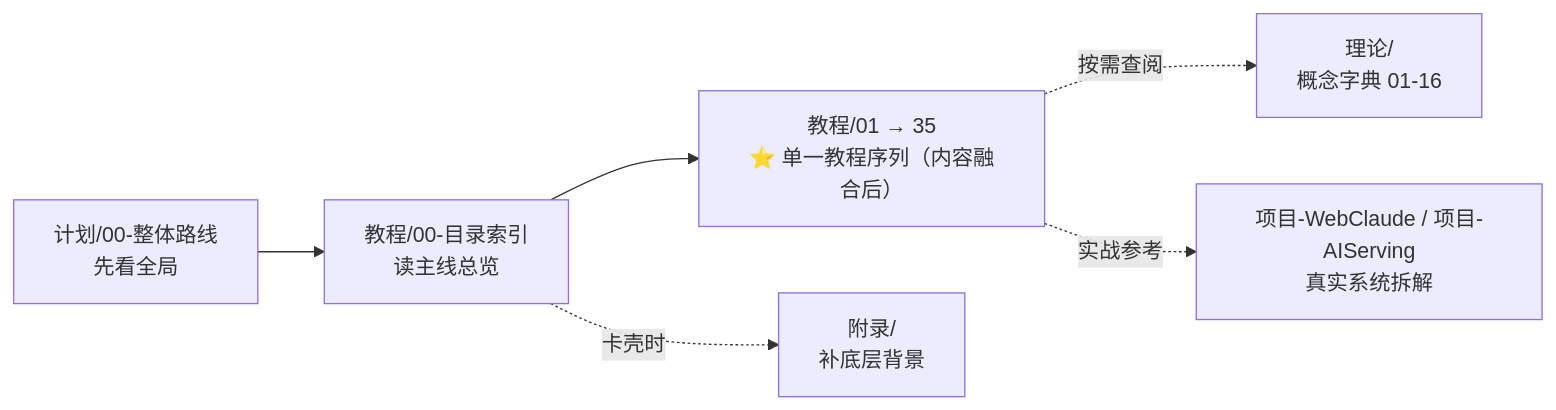
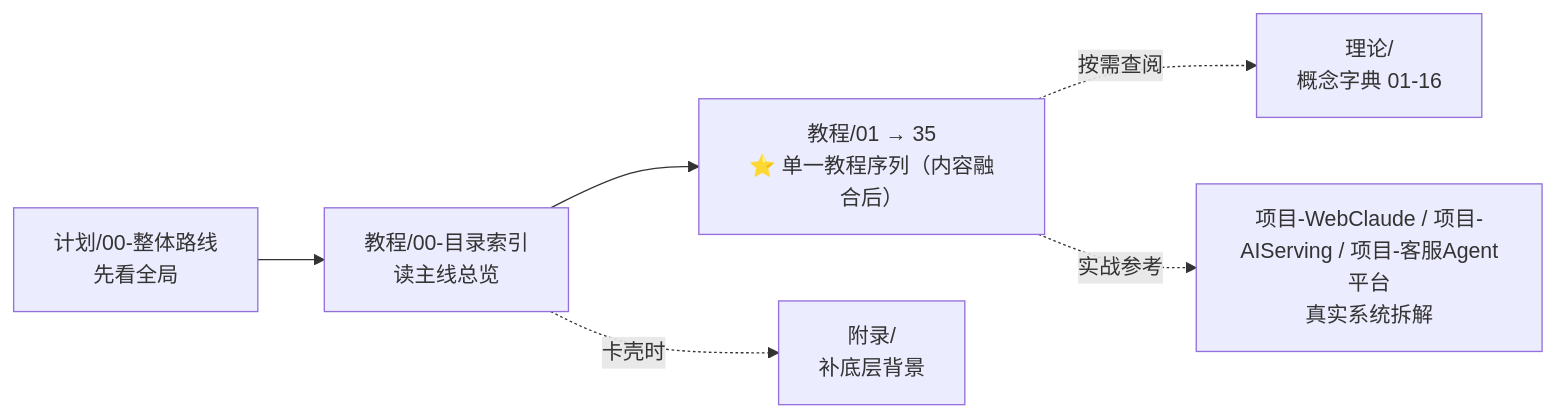
The first of 3 diagrams in docs/00-README.md (UranusGit/java-agent-learn), drawn with Mermaid before and after one commit. The commit also changed other lines of this file and 19 other files, not shown here.

````diff
--- a/docs/00-README.md
+++ b/docs/00-README.md
@@ -62,8 +63,8 @@
 ```mermaid
 flowchart LR
     P["计划/00-整体路线<br/>先看全局"] --> L1["教程/00-目录索引<br/>读主线总览"]
     L1 --> L2["教程/01 → 35<br/>⭐ 单一教程序列（内容融合后）"]
     L2 -.按需查阅.-> T["理论/<br/>概念字典 01-16"]
     L1 -.卡壳时.-> F["附录/<br/>补底层背景"]
-    L2 -.实战参考.-> PJ["项目-WebClaude / 项目-AIServing<br/>真实系统拆解"]
+    L2 -.实战参考.-> PJ["项目-WebClaude / 项目-AIServing / 项目-客服Agent平台<br/>真实系统拆解"]
 ```
````
